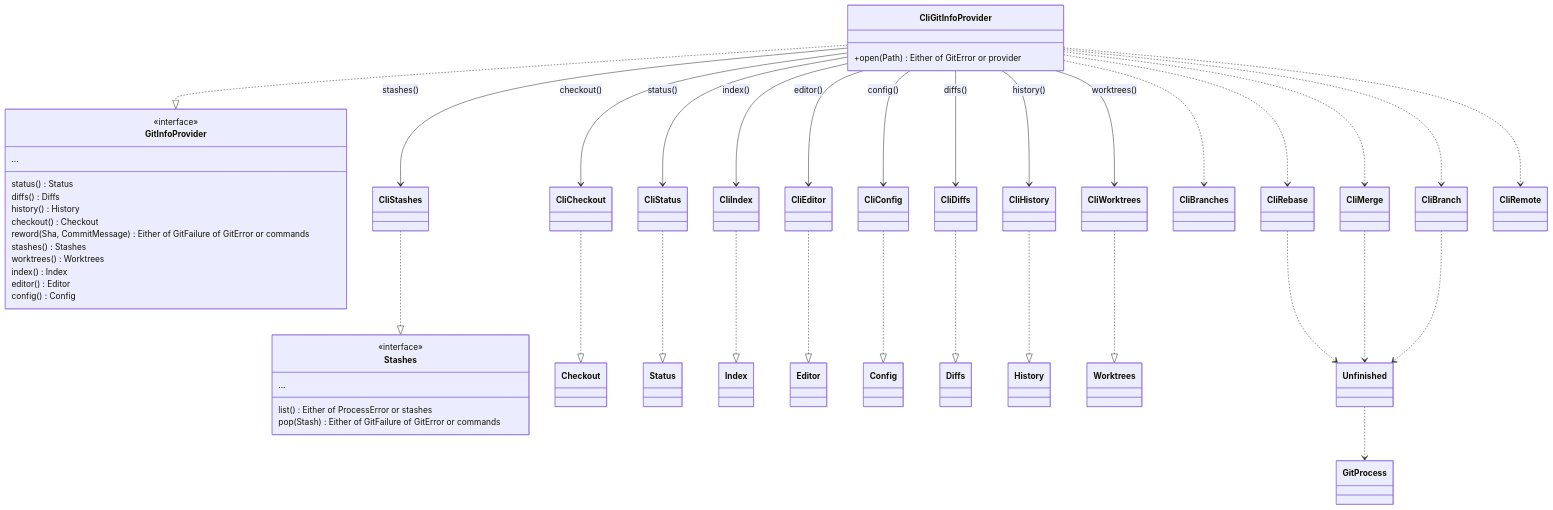
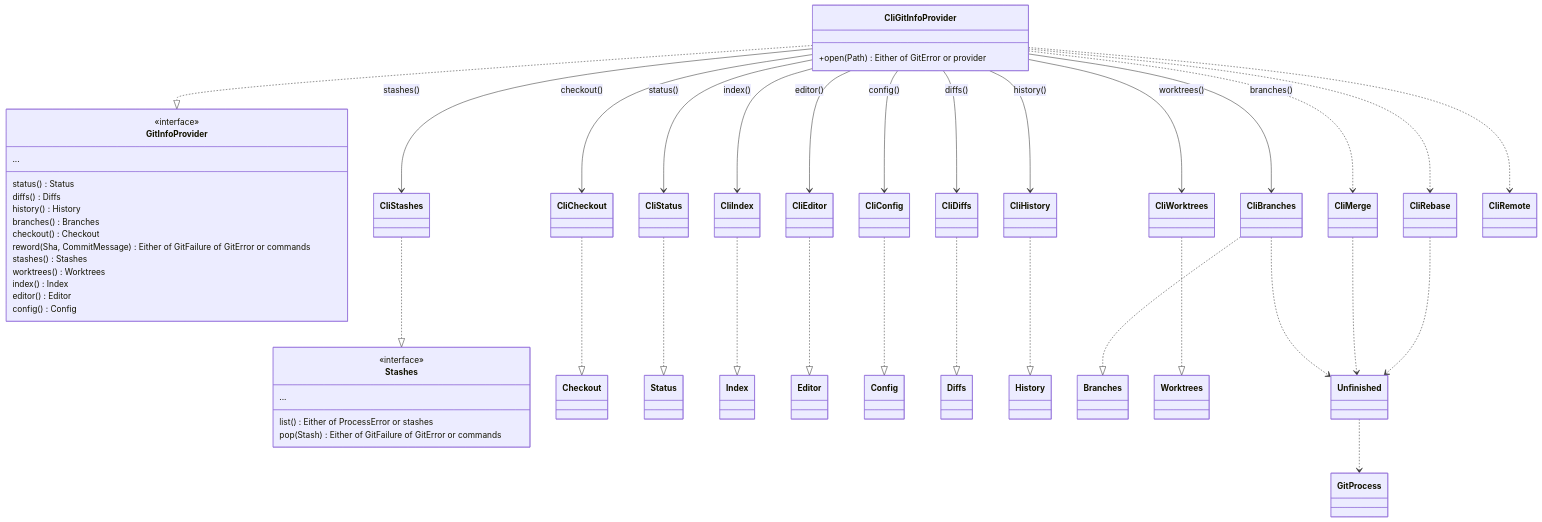
One commit to cvanfleteren/jazygit changed the fourth of 7 diagrams in ARCHITECTURE.md. Above: the diagram before and after it, drawn with Mermaid. The commit also changed other lines of this file and 31 other files, not shown here.

First line of the commit message:
The branches are a role of their own: Branches, CliBranches, StubBranches (#294, 1a, 9/13)

````diff
--- a/ARCHITECTURE.md
+++ b/ARCHITECTURE.md
@@ -832,54 +832,55 @@
 ```mermaid
 classDiagram
     class GitInfoProvider {
         <<interface>>
         status() Status
         diffs() Diffs
         history() History
+        branches() Branches
         checkout() Checkout
         reword(Sha, CommitMessage) Either of GitFailure of GitError or commands
         stashes() Stashes
         worktrees() Worktrees
         index() Index
         editor() Editor
         config() Config
         ...
     }
     class CliGitInfoProvider {
         +open(Path) Either of GitError or provider
     }
     class Stashes {
         <<interface>>
         list() Either of ProcessError or stashes
         pop(Stash) Either of GitFailure of GitError or commands
         ...
     }
     CliGitInfoProvider ..|> GitInfoProvider
     CliStashes ..|> Stashes
     CliCheckout ..|> Checkout
     CliStatus ..|> Status
     CliIndex ..|> Index
     CliEditor ..|> Editor
     CliConfig ..|> Config
     CliDiffs ..|> Diffs
     CliHistory ..|> History
+    CliBranches ..|> Branches
     CliGitInfoProvider --> CliEditor : editor()
     CliGitInfoProvider --> CliConfig : config()
     CliWorktrees ..|> Worktrees
     CliGitInfoProvider --> CliWorktrees : worktrees()
     CliGitInfoProvider --> CliStatus : status()
-    CliGitInfoProvider ..> CliBranches
+    CliGitInfoProvider --> CliBranches : branches()
     CliGitInfoProvider --> CliHistory : history()
     CliGitInfoProvider --> CliDiffs : diffs()
     CliGitInfoProvider --> CliCheckout : checkout()
-    CliGitInfoProvider ..> CliBranch
     CliGitInfoProvider --> CliIndex : index()
     CliGitInfoProvider ..> CliMerge
     CliGitInfoProvider ..> CliRebase
     CliGitInfoProvider --> CliStashes : stashes()
     CliGitInfoProvider ..> CliRemote
     CliRebase ..> Unfinished
     CliMerge ..> Unfinished
-    CliBranch ..> Unfinished
+    CliBranches ..> Unfinished
     Unfinished ..> GitProcess
 ```
````
